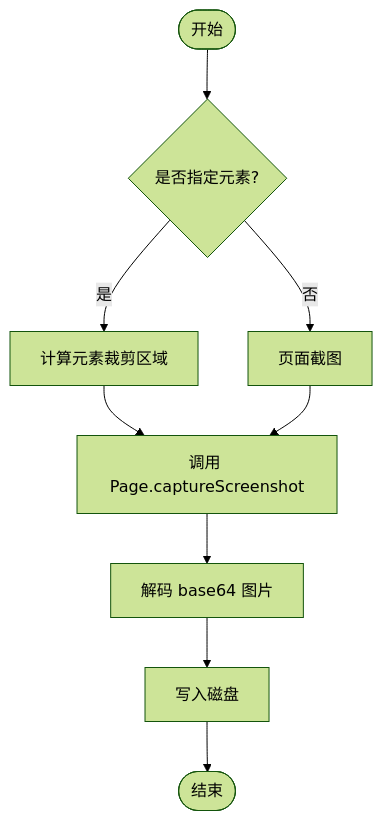
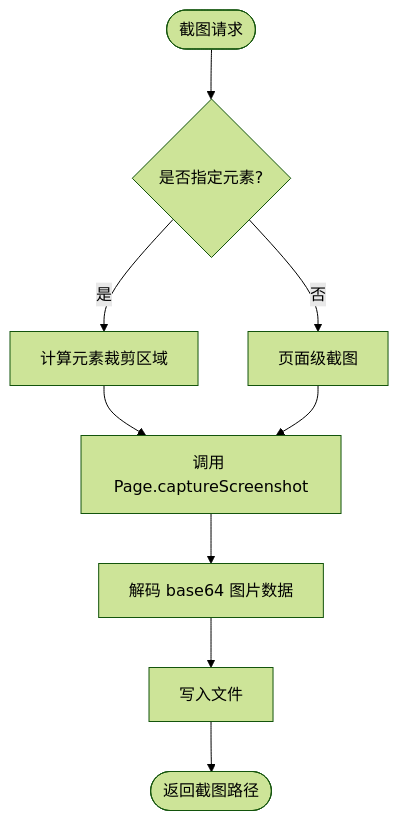
One commit to alvinwangzi/goodhr changed the eighth of 11 diagrams in .qoder/repowiki/zh/content/本地执行器/浏览器自动化/浏览器控制器/浏览器控制器.md. Above: the diagram before and after it, drawn with Mermaid (forest theme). The commit also changed other lines of this file and 149 other files, not shown here.

````diff
--- a/.qoder/repowiki/zh/content/本地执行器/浏览器自动化/浏览器控制器/浏览器控制器.md
+++ b/.qoder/repowiki/zh/content/本地执行器/浏览器自动化/浏览器控制器/浏览器控制器.md
@@ -282,11 +325,11 @@
 ```mermaid
 flowchart TD
-Start(["开始"]) --> HasSelector{"是否指定元素?"}
-HasSelector --> |是| Clip["计算元素裁剪区域"]
-HasSelector --> |否| Full["页面截图"]
+Start(["截图请求"]) --> Decide{"是否指定元素?"}
+Decide --> |是| Clip["计算元素裁剪区域"]
+Decide --> |否| Full["页面级截图"]
 Clip --> Capture["调用 Page.captureScreenshot"]
 Full --> Capture
-Capture --> Decode["解码 base64 图片"]
-Decode --> Save["写入磁盘"]
-Save --> End(["结束"])
+Capture --> Decode["解码 base64 图片数据"]
+Decode --> Write["写入文件"]
+Write --> Result(["返回截图路径"])
 ```
````
